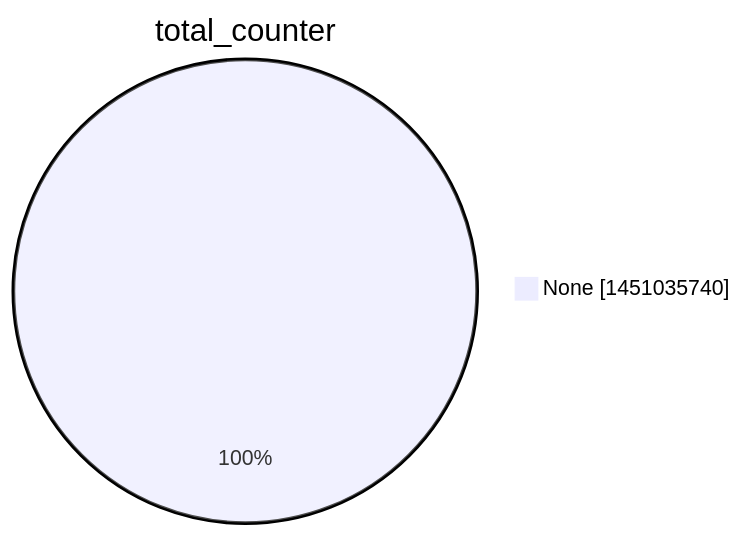
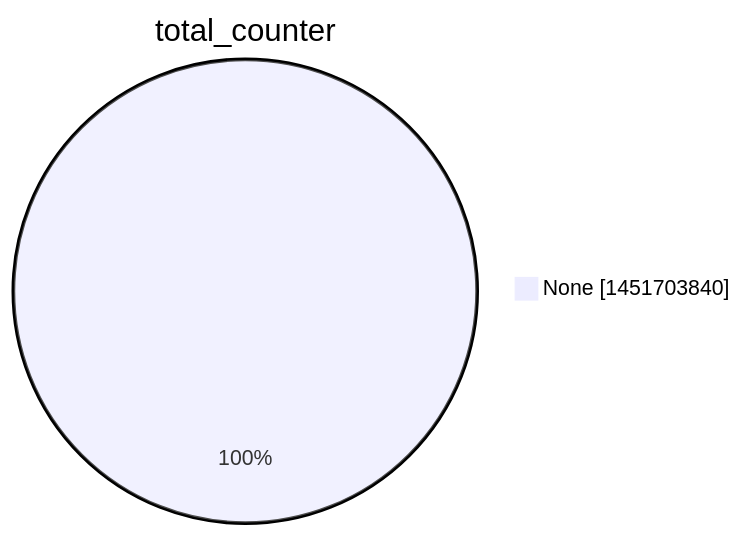
Before and after one commit to christiankrug/ctmonitor_visualization: the second of 15 diagrams in argon2022/README.md, drawn with Mermaid. The commit also changed other lines of this file, not shown here.

````diff
--- a/argon2022/README.md
+++ b/argon2022/README.md
@@ -9,5 +9,5 @@
 ```mermaid
 pie showData
 title total_counter
-"None" :1451035740
+"None" :1451703840
 ```
````
